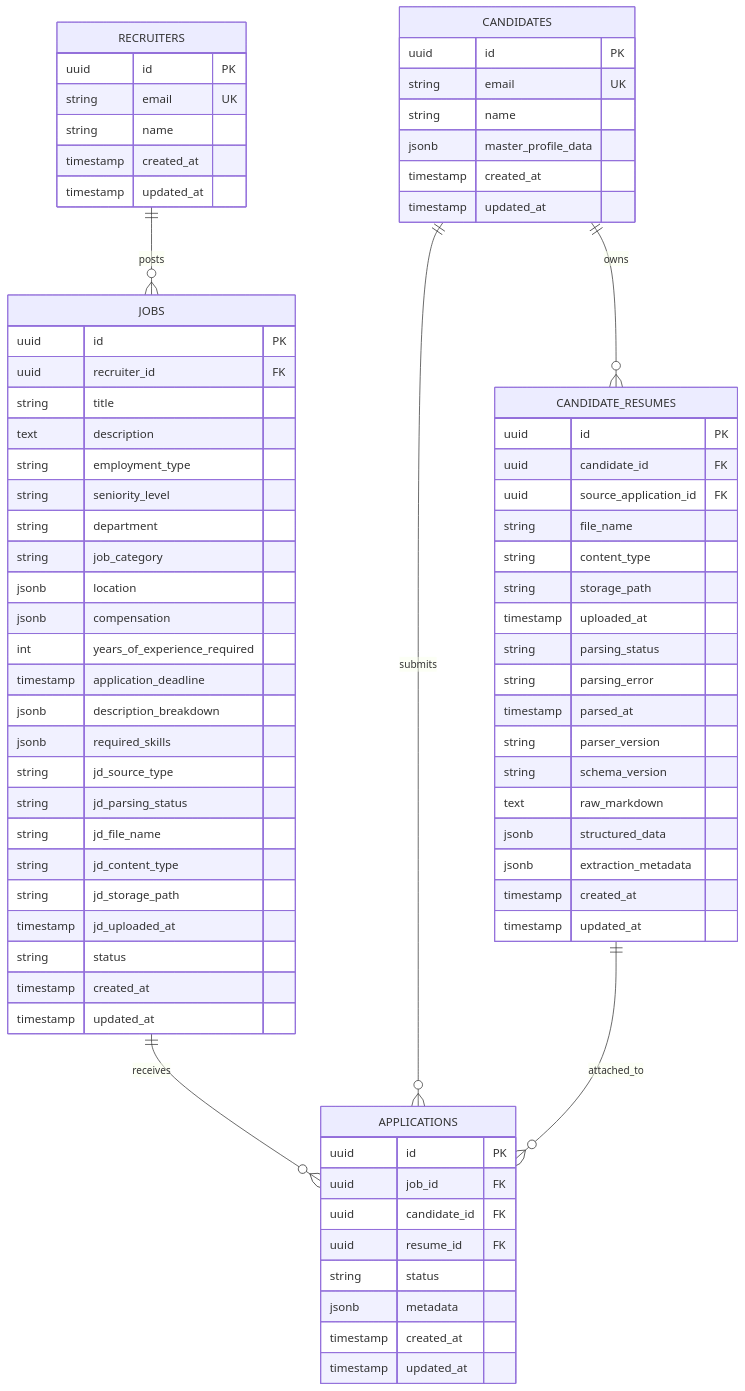
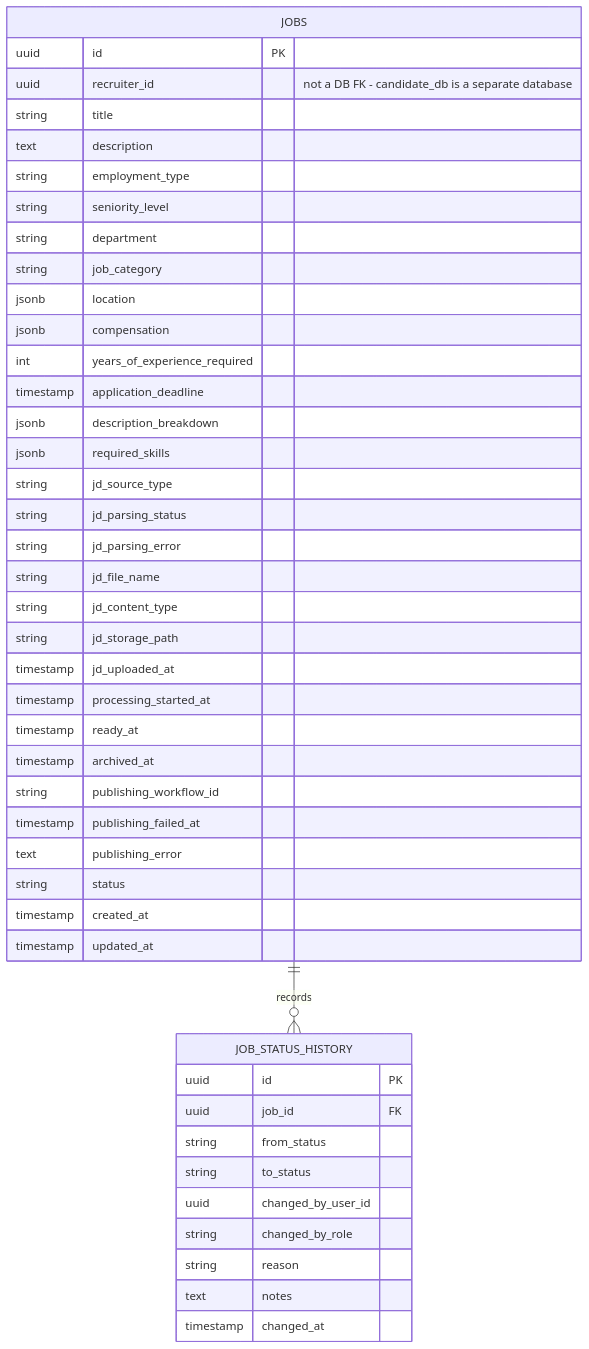
The third of 6 diagrams in docs/DATABASE.md (afnan-emumba/smart-hire), drawn with Mermaid before and after one commit. The commit also changed other lines of this file and 75 other files, not shown here.

````diff
--- a/docs/DATABASE.md
+++ b/docs/DATABASE.md
@@ -9,82 +49,49 @@
 ```mermaid
 erDiagram
-    RECRUITERS ||--o{ JOBS : posts
-    CANDIDATES ||--o{ APPLICATIONS : submits
-  CANDIDATES ||--o{ CANDIDATE_RESUMES : owns
-    JOBS ||--o{ APPLICATIONS : receives
-  CANDIDATE_RESUMES ||--o{ APPLICATIONS : attached_to
-
-    RECRUITERS {
-        uuid id PK
-        string email UK
-        string name
-        timestamp created_at
-        timestamp updated_at
-    }
-
-    CANDIDATES {
-        uuid id PK
-        string email UK
-        string name
-        jsonb master_profile_data
-        timestamp created_at
-        timestamp updated_at
-    }
-
-    CANDIDATE_RESUMES {
-      uuid id PK
-      uuid candidate_id FK
-      uuid source_application_id FK
-      string file_name
-      string content_type
-      string storage_path
-      timestamp uploaded_at
-      string parsing_status
-      string parsing_error
-      timestamp parsed_at
-      string parser_version
-      string schema_version
-      text raw_markdown
-      jsonb structured_data
-      jsonb extraction_metadata
-      timestamp created_at
-      timestamp updated_at
-    }
+    JOBS ||--o{ JOB_STATUS_HISTORY : records
 
     JOBS {
         uuid id PK
-        uuid recruiter_id FK
+        uuid recruiter_id "not a DB FK - candidate_db is a separate database"
         string title
         text description
         string employment_type
         string seniority_level
         string department
         string job_category
         jsonb location
         jsonb compensation
         int years_of_experience_required
         timestamp application_deadline
         jsonb description_breakdown
         jsonb required_skills
         string jd_source_type
         string jd_parsing_status
+        string jd_parsing_error
         string jd_file_name
         string jd_content_type
         string jd_storage_path
         timestamp jd_uploaded_at
+        timestamp processing_started_at
+        timestamp ready_at
+        timestamp archived_at
+        string publishing_workflow_id
+        timestamp publishing_failed_at
+        text publishing_error
         string status
         timestamp created_at
         timestamp updated_at
     }
 
-    APPLICATIONS {
+    JOB_STATUS_HISTORY {
         uuid id PK
         uuid job_id FK
-        uuid candidate_id FK
-      uuid resume_id FK
-        string status
-        jsonb metadata
-        timestamp created_at
-        timestamp updated_at
+        string from_status
+        string to_status
+        uuid changed_by_user_id
+        string changed_by_role
+        string reason
+        text notes
+        timestamp changed_at
     }
 ```
````
